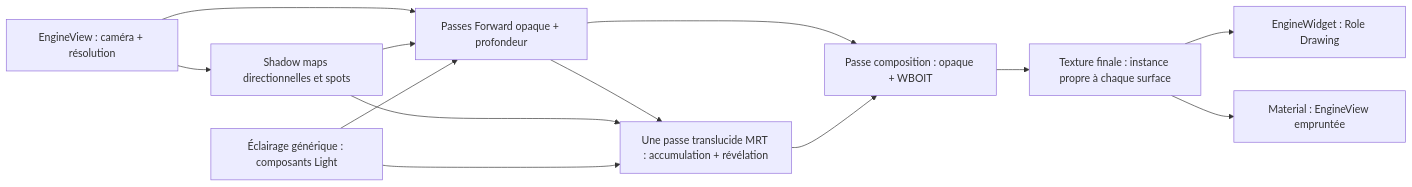
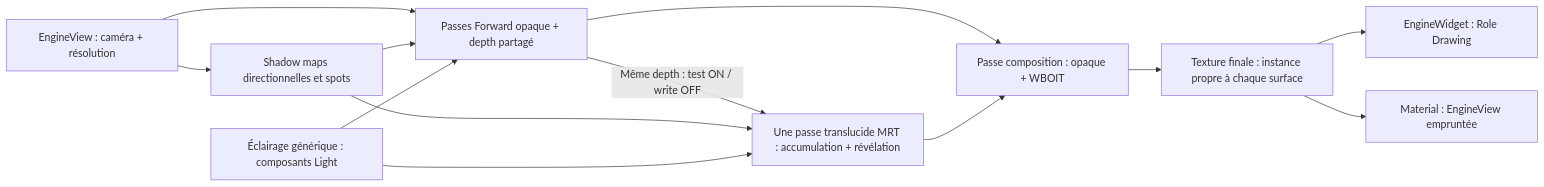
Before and after one commit to EreliaStudio/Sparkle: the tenth of 10 diagrams in docs/voxel-engine-v0.1.4-specification.md, drawn with Mermaid. The commit also changed other lines of this file, not shown here.

Commit message:
docs(v0.1.4): share opaque depth attachment with WBOIT, depth test on and writes off

````diff
--- a/docs/voxel-engine-v0.1.4-specification.md
+++ b/docs/voxel-engine-v0.1.4-specification.md
@@ -897,15 +901,15 @@
 ```mermaid
 flowchart LR
   S["EngineView : caméra + résolution"] --> Shadow["Shadow maps directionnelles et spots"]
-  S --> Opaque["Passes Forward opaque + profondeur"]
+  S --> Opaque["Passes Forward opaque + depth partagé"]
   Shadow --> Opaque
-  Opaque --> Trans["Une passe translucide MRT : accumulation + révélation"]
+  Opaque -->|"Même depth : test ON / write OFF"| Trans["Une passe translucide MRT : accumulation + révélation"]
   Shadow --> Trans
   Opaque --> Compose["Passe composition : opaque + WBOIT"]
   Trans --> Compose
   Compose --> Tex["Texture finale : instance propre à chaque surface"]
   Tex --> Main["EngineWidget : Role Drawing"]
   Tex --> Other["Material : EngineView empruntée"]
   L["Éclairage générique : composants Light"] --> Opaque
   L --> Trans
 ```
````
